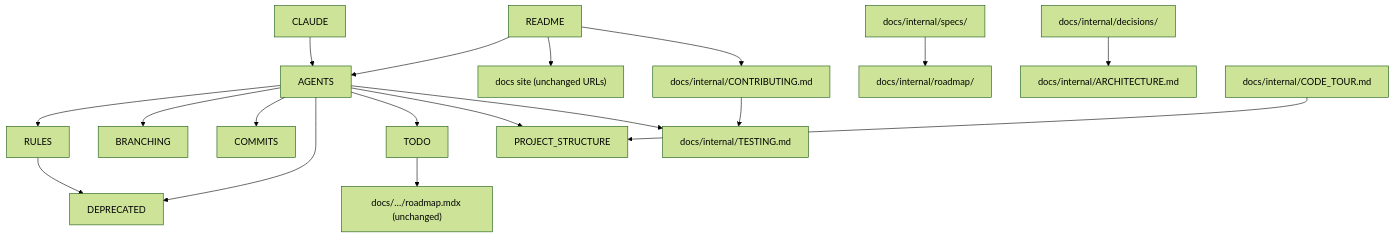
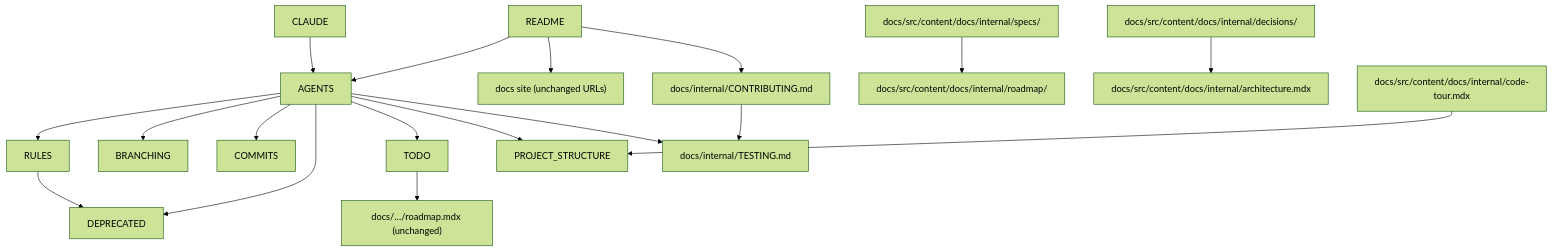
One commit to jackin-project/jackin changed the second of 2 diagrams in docs/internal/roadmap/READABILITY_AND_MODERNIZATION.md. Above: the diagram before and after it, drawn with Mermaid (forest theme). The commit also changed other lines of this file and 1 other file, not shown here.

First line of the commit message:
docs(roadmap): iteration 39 — update §0, fix stale internal/ paths

````diff
--- a/docs/internal/roadmap/READABILITY_AND_MODERNIZATION.md
+++ b/docs/internal/roadmap/READABILITY_AND_MODERNIZATION.md
@@ -548,20 +557,20 @@
 ```mermaid
 graph TD
   README --> AGENTS
   README --> DOCS_SITE["docs site (unchanged URLs)"]
   README --> INTERNAL_CONTRIB["docs/internal/CONTRIBUTING.md"]
   CLAUDE --> AGENTS
   AGENTS --> RULES
   AGENTS --> BRANCHING
   AGENTS --> COMMITS
   AGENTS --> DEPRECATED
   AGENTS --> TODO
   AGENTS --> PROJECT_STRUCTURE
   AGENTS --> INTERNAL_TESTING["docs/internal/TESTING.md"]
   RULES --> DEPRECATED
   TODO --> ROADMAP_MDX["docs/…/roadmap.mdx (unchanged)"]
   INTERNAL_CONTRIB --> INTERNAL_TESTING
-  INTERNAL_SPECS["docs/internal/specs/"] --> INTERNAL_ROADMAP["docs/internal/roadmap/"]
-  INTERNAL_DECISIONS["docs/internal/decisions/"] --> INTERNAL_ARCH["docs/internal/ARCHITECTURE.md"]
-  INTERNAL_CODE_TOUR["docs/internal/CODE_TOUR.md"] --> PROJECT_STRUCTURE
+  INTERNAL_SPECS["docs/src/content/docs/internal/specs/"] --> INTERNAL_ROADMAP["docs/src/content/docs/internal/roadmap/"]
+  INTERNAL_DECISIONS["docs/src/content/docs/internal/decisions/"] --> INTERNAL_ARCH["docs/src/content/docs/internal/architecture.mdx"]
+  INTERNAL_CODE_TOUR["docs/src/content/docs/internal/code-tour.mdx"] --> PROJECT_STRUCTURE
 ```
````
